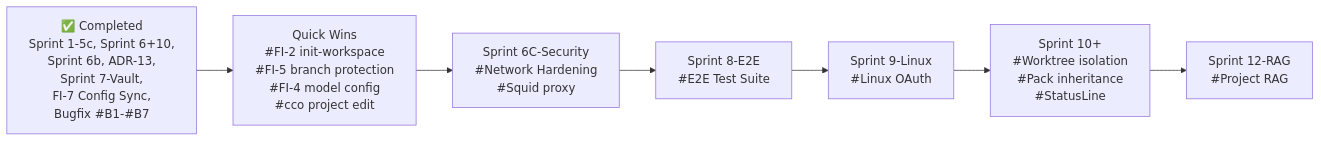
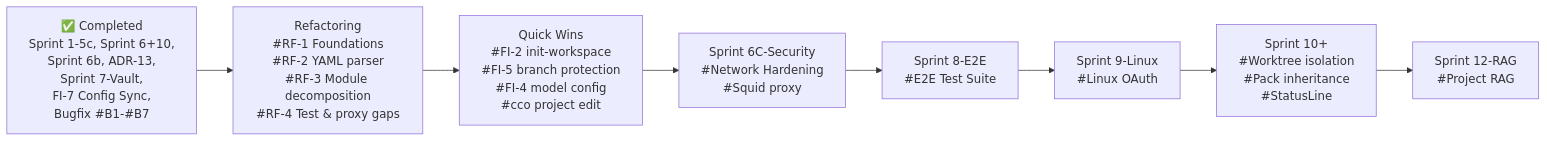
Before and after one commit to alergyonthestage/claude-orchestrator: the diagram in docs/maintainer/decisions/roadmap.md, drawn with Mermaid. The commit also changed other lines of this file and 1 other file, not shown here.

First line of the commit message:
docs: comprehensive codebase review and refactoring roadmap (RF-1→4)

````diff
--- a/docs/maintainer/decisions/roadmap.md
+++ b/docs/maintainer/decisions/roadmap.md
@@ -54,18 +54,20 @@
 ```mermaid
 graph LR
     DONE["✅ Completed<br/>Sprint 1-5c, Sprint 6+10,<br/>Sprint 6b, ADR-13,<br/>Sprint 7-Vault,<br/>FI-7 Config Sync,<br/>Bugfix #B1-#B7"]
 
+    RF["Refactoring<br/>#RF-1 Foundations<br/>#RF-2 YAML parser<br/>#RF-3 Module decomposition<br/>#RF-4 Test & proxy gaps"]
     QW["Quick Wins<br/>#FI-2 init-workspace<br/>#FI-5 branch protection<br/>#FI-4 model config<br/>#cco project edit"]
     S6S["Sprint 6C-Security<br/>#Network Hardening<br/>#Squid proxy"]
     S8E["Sprint 8-E2E<br/>#E2E Test Suite"]
     S9L["Sprint 9-Linux<br/>#Linux OAuth"]
     S10["Sprint 10+<br/>#Worktree isolation<br/>#Pack inheritance<br/>#StatusLine"]
     S12R["Sprint 12-RAG<br/>#Project RAG"]
 
-    DONE --> QW
+    DONE --> RF
+    RF --> QW
     QW --> S6S
     S6S --> S8E
     S8E --> S9L
     S9L --> S10
     S10 --> S12R
 ```
````
